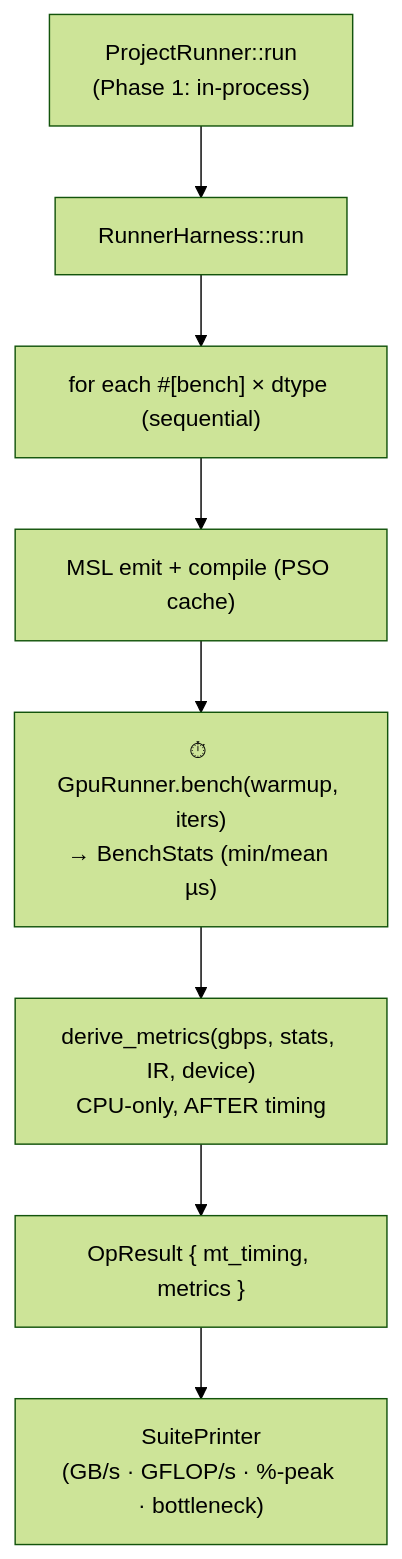
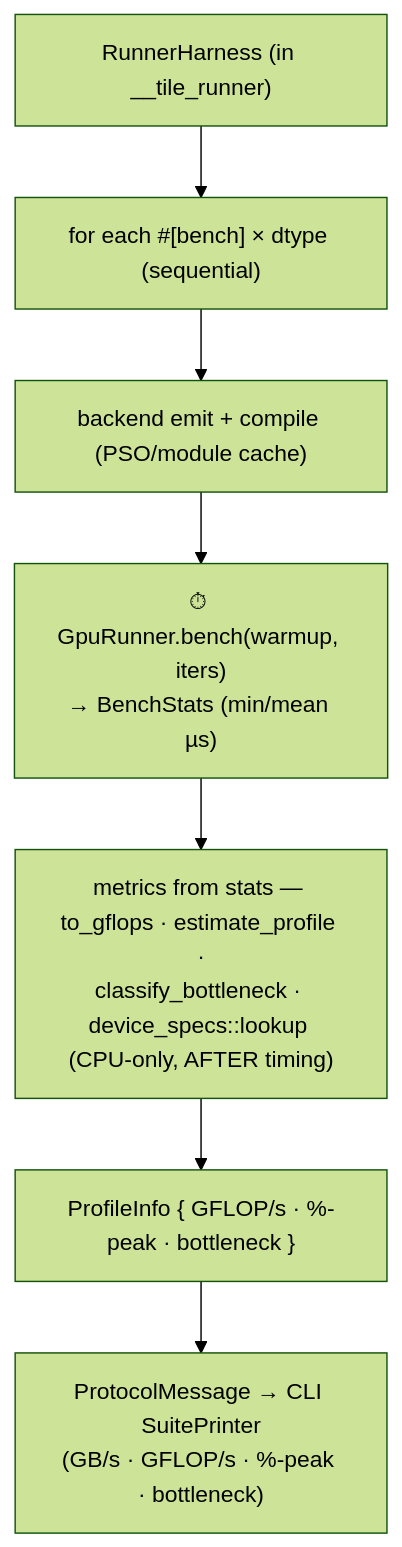
The fifth of 6 diagrams in docs/specs/ARCHITECTURE.md (0xClandestine/metaltile), drawn with Mermaid (forest theme) before and after one commit. The commit also changed other lines of this file, not shown here.

First line of the commit message:
docs(arch): update ARCHITECTURE.md to the current codebase

````diff
--- a/docs/specs/ARCHITECTURE.md
+++ b/docs/specs/ARCHITECTURE.md
@@ -106,10 +165,9 @@
 ```mermaid
 flowchart TD
-    PR["ProjectRunner::run<br/>(Phase 1: in-process)"] --> RH["RunnerHarness::run"]
-    RH --> loop["for each #[bench] × dtype (sequential)"]
-    loop --> emit["MSL emit + compile (PSO cache)"]
+    RH["RunnerHarness (in __tile_runner)"] --> loop["for each #[bench] × dtype (sequential)"]
+    loop --> emit["backend emit + compile (PSO/module cache)"]
     emit --> timed["⏱ GpuRunner.bench(warmup, iters)<br/>→ BenchStats (min/mean µs)"]
-    timed --> dm["derive_metrics(gbps, stats, IR, device)<br/>CPU-only, AFTER timing"]
-    dm --> res["OpResult { mt_timing, metrics }"]
-    res --> printer["SuitePrinter<br/>(GB/s · GFLOP/s · %-peak · bottleneck)"]
+    timed --> dm["metrics from stats — to_gflops · estimate_profile ·<br/>classify_bottleneck · device_specs::lookup (CPU-only, AFTER timing)"]
+    dm --> res["ProfileInfo { GFLOP/s · %-peak · bottleneck }"]
+    res --> proto["ProtocolMessage → CLI SuitePrinter<br/>(GB/s · GFLOP/s · %-peak · bottleneck)"]
 ```
````
